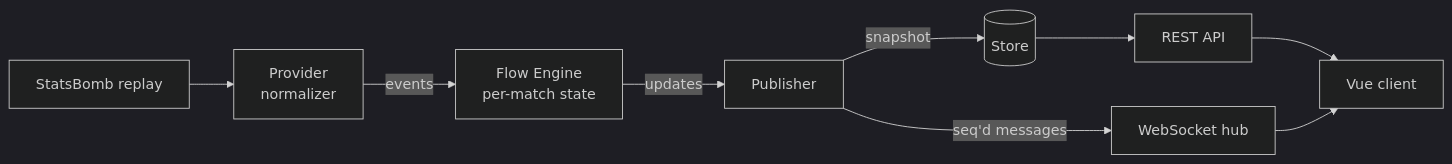
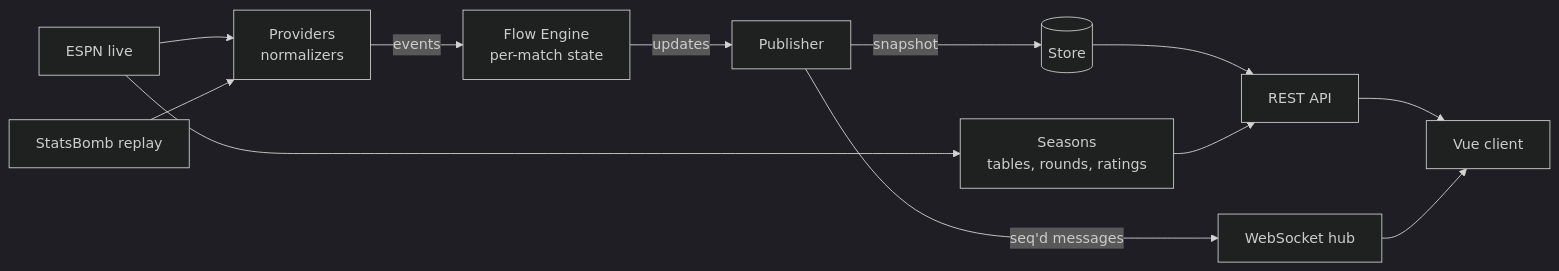
One commit to ssuleimenovv/flowScore changed the diagram in README.md. Above: the diagram before and after it, drawn with Mermaid (dark theme). The commit also changed other lines of this file and 7 other files, not shown here.

````diff
--- a/README.md
+++ b/README.md
@@ -116,11 +155,14 @@
 ```mermaid
 flowchart LR
-  SB[StatsBomb replay] --> P[Provider<br/>normalizer]
+  ESPN[ESPN live] --> P[Providers<br/>normalizers]
+  SB[StatsBomb replay] --> P
   P -->|events| E[Flow Engine<br/>per-match state]
   E -->|updates| PUB[Publisher]
   PUB -->|snapshot| S[(Store)]
   PUB -->|seq'd messages| H[WebSocket hub]
+  ESPN --> SEA[Seasons<br/>tables, rounds, ratings]
   S --> R[REST API]
+  SEA --> R
   R --> C[Vue client]
   H --> C
 ```
````
